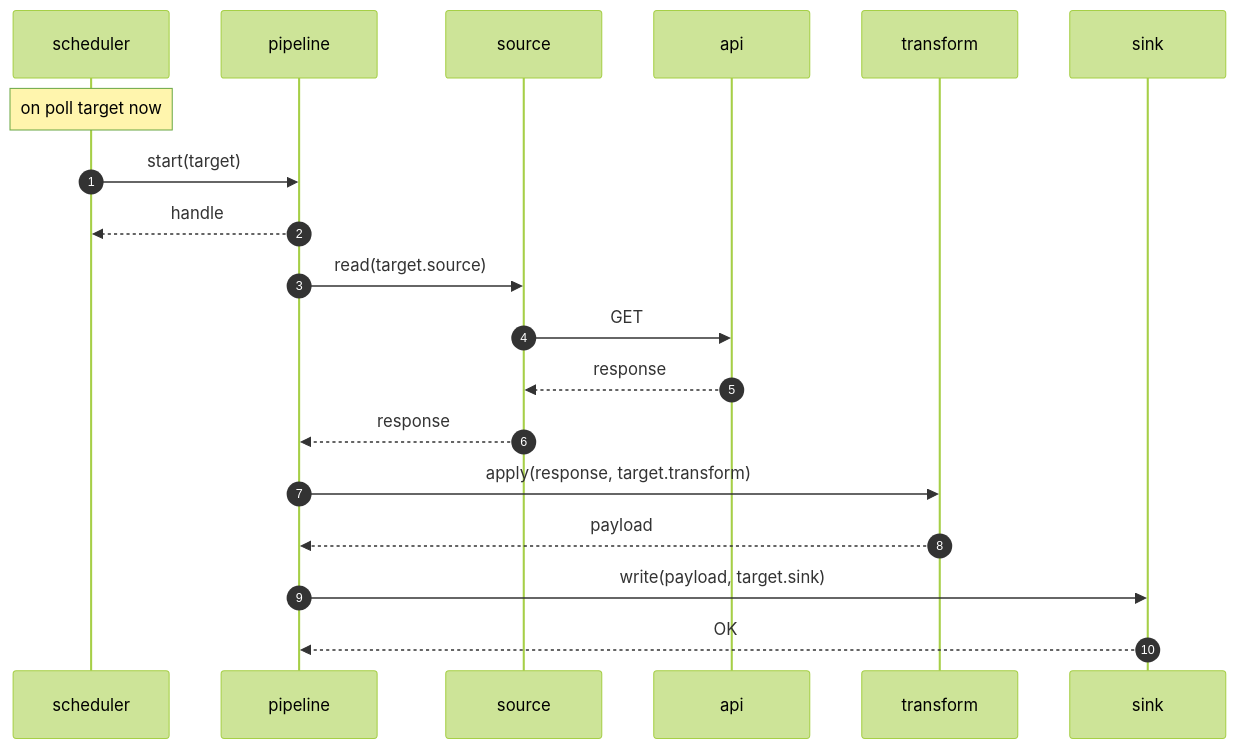
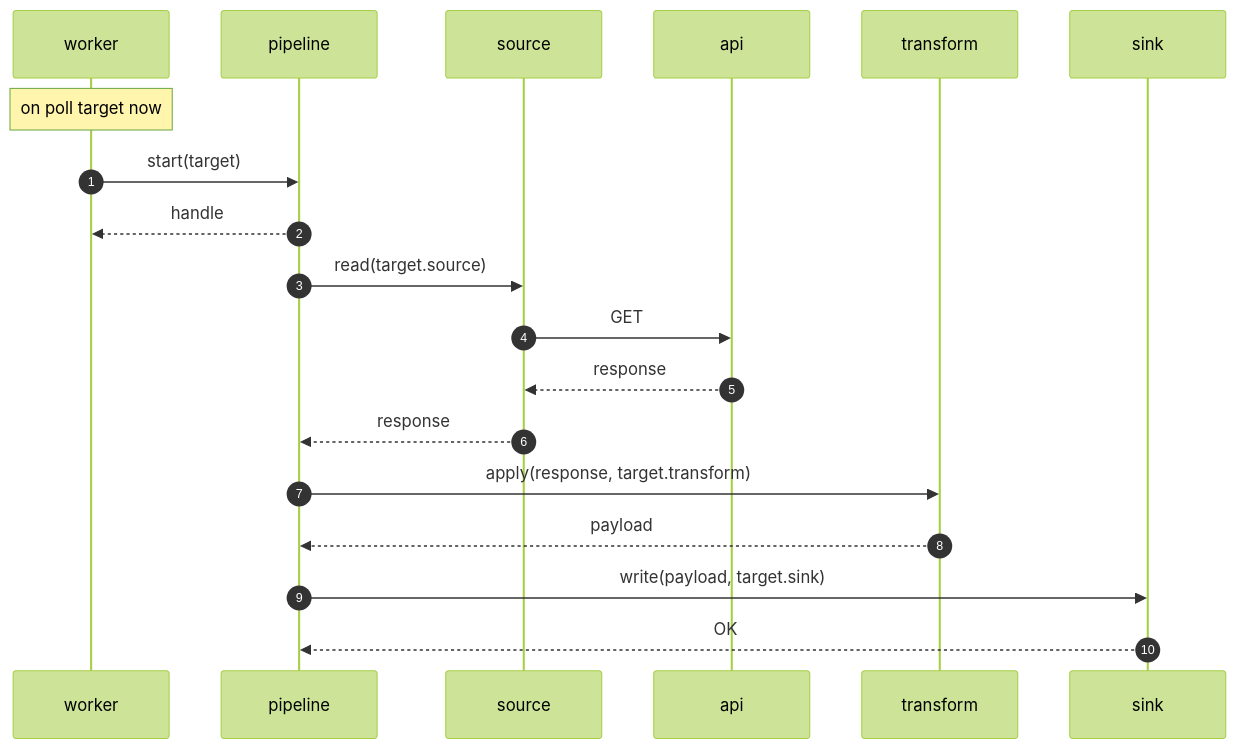
The diagram in docs/poll.md (tedtasman/hyperstream), drawn with Mermaid (forest theme) before and after one commit. The commit also changed 10 other files, not shown here.

````diff
--- a/docs/poll.md
+++ b/docs/poll.md
@@ -1,25 +1,25 @@
 ```mermaid
 sequenceDiagram
     autonumber
-    participant SCH as scheduler
+    participant WRK as worker
     participant PIP as pipeline
     participant SRC as source
     participant API as api
     participant TFM as transform
     participant SNK as sink
 
-    note over SCH: on poll target now
-    SCH->>PIP: start(target)
-    PIP-->>SCH: handle
+    note over WRK: on poll target now
+    WRK->>PIP: start(target)
+    PIP-->>WRK: handle
 
     PIP->>SRC: read(target.source)
     SRC->>API: GET
     API-->>SRC: response
     SRC-->>PIP: response
 
     PIP->>TFM: apply(response, target.transform)
     TFM-->>PIP: payload
 
     PIP->>SNK: write(payload, target.sink)
     SNK-->>PIP: OK
 ```
````
